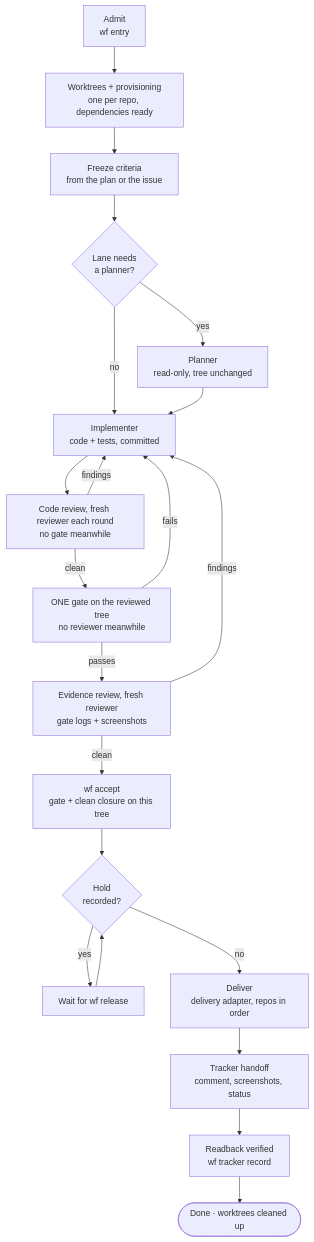
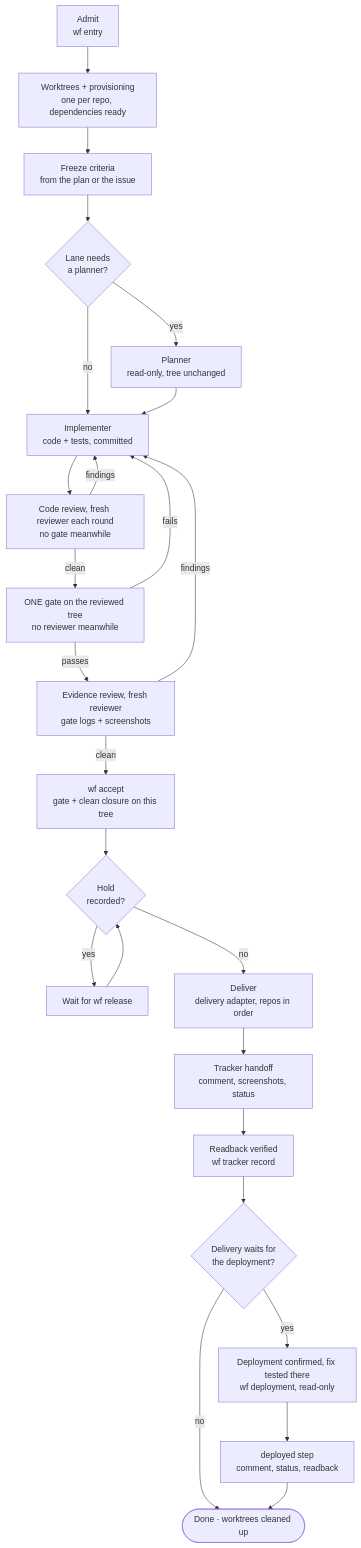
The first of 3 diagrams in docs/lifecycle.md (o-m-a-r-k/agentic-workflow), drawn with Mermaid before and after one commit. The commit also changed other lines of this file and 23 other files, not shown here.

````diff
--- a/docs/lifecycle.md
+++ b/docs/lifecycle.md
@@ -7,23 +7,27 @@
 ```mermaid
 flowchart TD
   E["Admit<br/>wf entry"] --> W["Worktrees + provisioning<br/>one per repo, dependencies ready"]
   W --> C["Freeze criteria<br/>from the plan or the issue"]
   C --> PL{"Lane needs<br/>a planner?"}
   PL -- yes --> PLAN["Planner<br/>read-only, tree unchanged"]
   PL -- no --> IMP
   PLAN --> IMP["Implementer<br/>code + tests, committed"]
   IMP --> RV["Code review, fresh reviewer each round<br/>no gate meanwhile"]
   RV -- findings --> IMP
   RV -- clean --> GR["ONE gate on the reviewed tree<br/>no reviewer meanwhile"]
   GR -- fails --> IMP
   GR -- passes --> EV["Evidence review, fresh reviewer<br/>gate logs + screenshots"]
   EV -- findings --> IMP
   EV -- clean --> AC["wf accept<br/>gate + clean closure on this tree"]
   AC --> H{"Hold<br/>recorded?"}
   H -- yes --> WAIT["Wait for wf release"]
   WAIT --> H
   H -- no --> D["Deliver<br/>delivery adapter, repos in order"]
   D --> TH["Tracker handoff<br/>comment, screenshots, status"]
   TH --> RB["Readback verified<br/>wf tracker record"]
-  RB --> DONE(["Done · worktrees cleaned up"])
+  RB --> DW{"Delivery waits for<br/>the deployment?"}
+  DW -- no --> DONE(["Done · worktrees cleaned up"])
+  DW -- yes --> DC["Deployment confirmed, fix tested there<br/>wf deployment, read-only"]
+  DC --> DT["deployed step<br/>comment, status, readback"]
+  DT --> DONE
 ```
````
